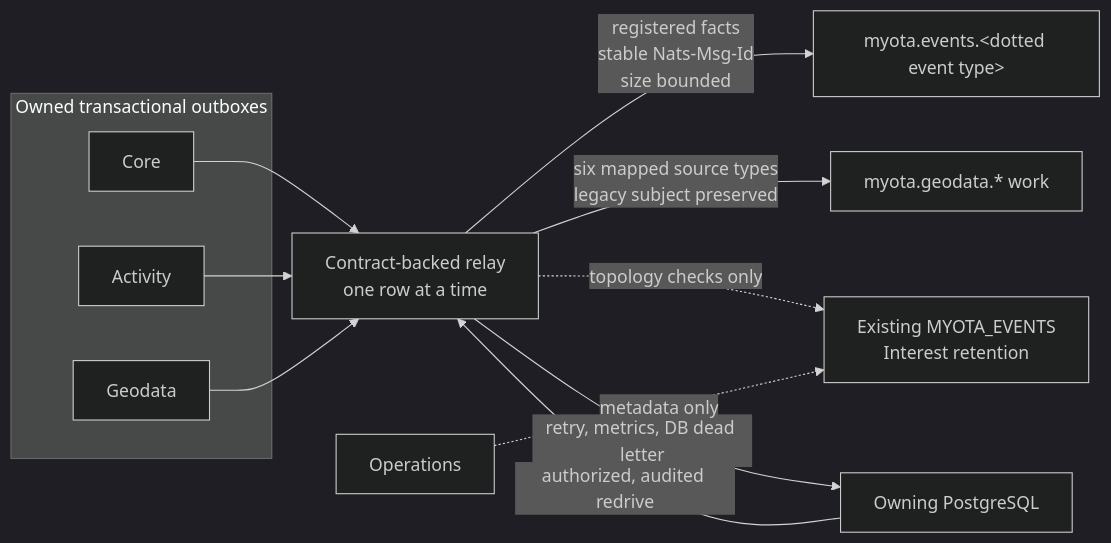
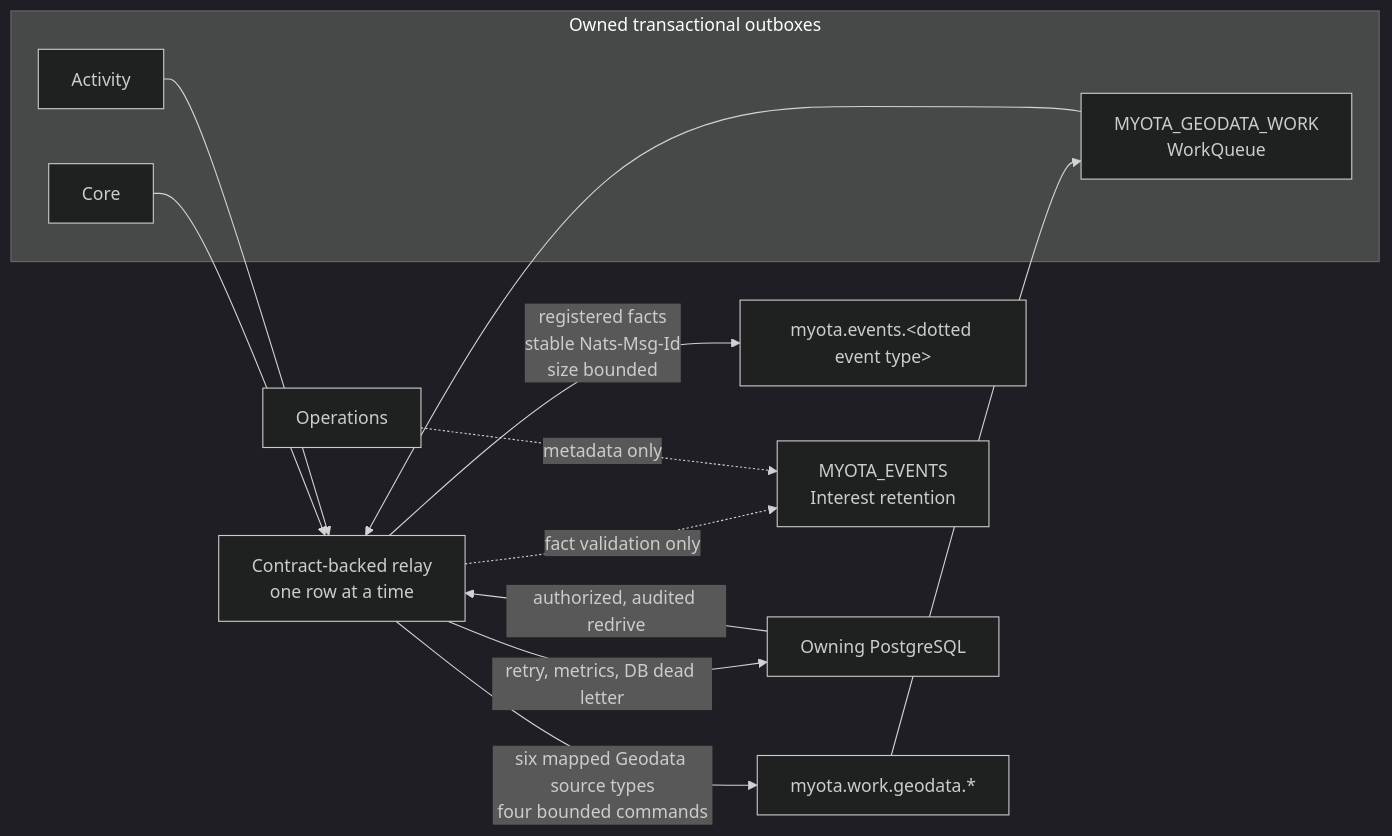
One commit to myota-platform/myota-docs changed the second of 3 diagrams in docs/architecture/diagrams/nats-event-migration.md. Above: the diagram before and after it, drawn with Mermaid (dark theme). The commit also changed other lines of this file, not shown here.

Commit message:
docs(nats): update topology diagram for Geodata cutover

````diff
--- a/docs/architecture/diagrams/nats-event-migration.md
+++ b/docs/architecture/diagrams/nats-event-migration.md
@@ -37,17 +42,18 @@
 ```mermaid
 flowchart LR
   subgraph DB[Owned transactional outboxes]
     C[Core]
     A[Activity]
     G[Geodata]
   end
   C --> R[Contract-backed relay<br/>one row at a time]
   A --> R
   G --> R
   R -->|registered facts<br/>stable Nats-Msg-Id<br/>size bounded| F[myota.events.&lt;dotted event type&gt;]
-  R -->|six mapped source types<br/>legacy subject preserved| W[myota.geodata.* work]
-  R -. topology checks only .-> E[Existing MYOTA_EVENTS<br/>Interest retention]
+  R -->|six mapped Geodata source types<br/>four bounded commands| W[myota.work.geodata.*]
+  R -. fact validation only .-> E[MYOTA_EVENTS<br/>Interest retention]
+  W --> G[MYOTA_GEODATA_WORK<br/>WorkQueue]
   R -->|retry, metrics, DB dead letter| D[Owning PostgreSQL]
   D -->|authorized, audited redrive| R
   O[Operations] -. metadata only .-> E
 ```
````
